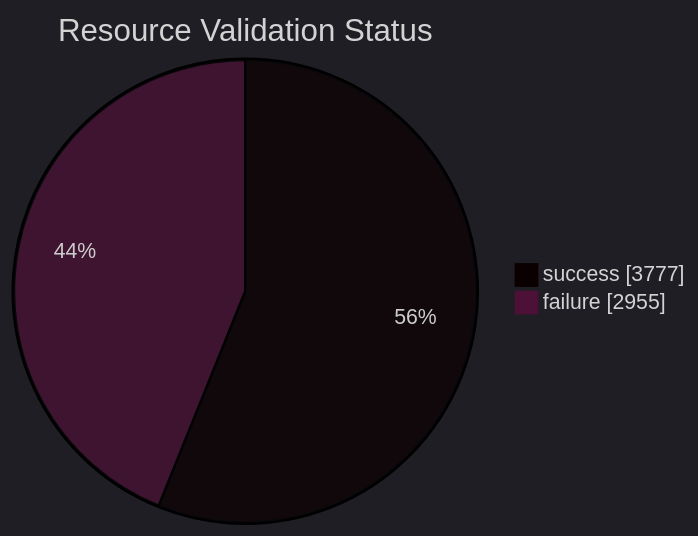
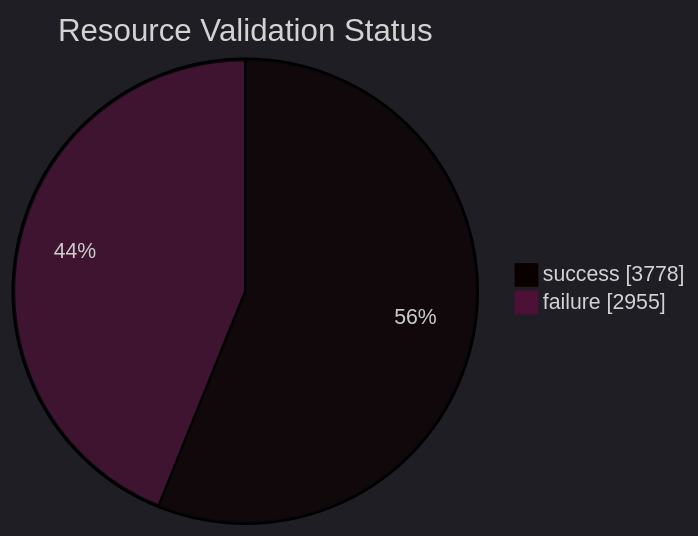
The diagram in datastore_tracker/resource_validation_status_pie_chart.md (open-data/analytics-corporate-reporting), drawn with Mermaid before and after one commit. The commit also changed 9 other files, not shown here.

````diff
--- a/datastore_tracker/resource_validation_status_pie_chart.md
+++ b/datastore_tracker/resource_validation_status_pie_chart.md
@@ -2,9 +2,9 @@
 ```mermaid
 ---
 config:
   theme: dark
 ---
 pie showData title Resource Validation Status
-    "success": 3777
+    "success": 3778
     "failure": 2955
 ```
````
